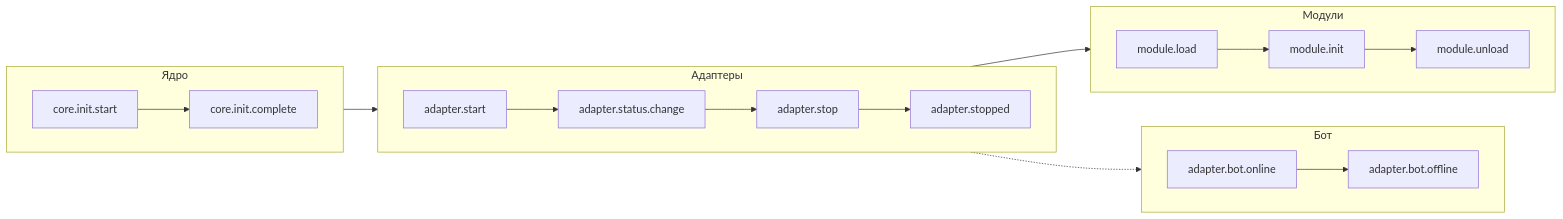
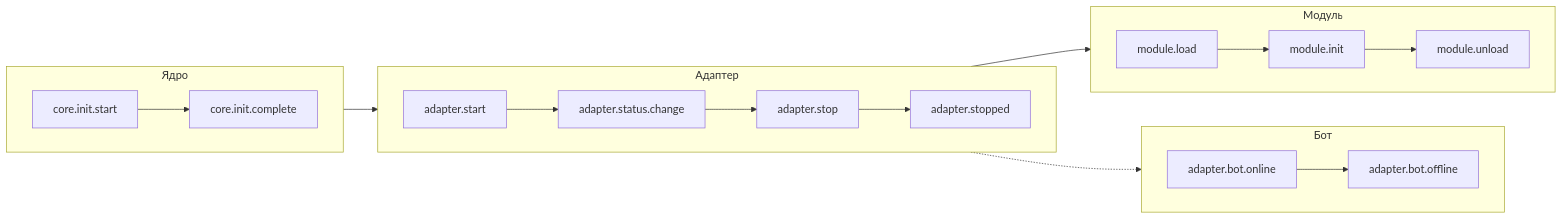
The fourth of 7 diagrams in docs/ru/architecture.md (ErisPulse/ErisPulse), drawn with Mermaid before and after one commit. The commit also changed other lines of this file and 251 other files, not shown here.

````diff
--- a/docs/ru/architecture.md
+++ b/docs/ru/architecture.md
@@ -125,26 +129,26 @@
 ```mermaid
 flowchart LR
     subgraph Core["Ядро"]
         direction LR
         C1["core.init.start"] --> C2["core.init.complete"]
     end
 
-    subgraph AdapterLife["Адаптеры"]
+    subgraph AdapterLife["Адаптер"]
         direction LR
         A1["adapter.start"] --> A2["adapter.status.change"] --> A3["adapter.stop"] --> A4["adapter.stopped"]
     end
 
-    subgraph ModuleLife["Модули"]
+    subgraph ModuleLife["Модуль"]
         direction LR
         M1["module.load"] --> M2["module.init"] --> M3["module.unload"]
     end
 
     subgraph BotLife["Бот"]
         direction LR
         B1["adapter.bot.online"] --> B2["adapter.bot.offline"]
     end
 
     Core --> AdapterLife
     AdapterLife --> ModuleLife
     AdapterLife -.-> BotLife
 ```
````
